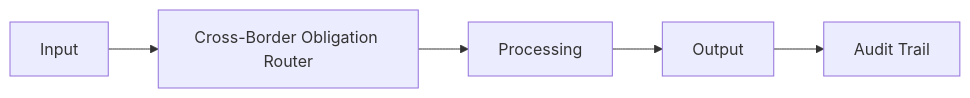
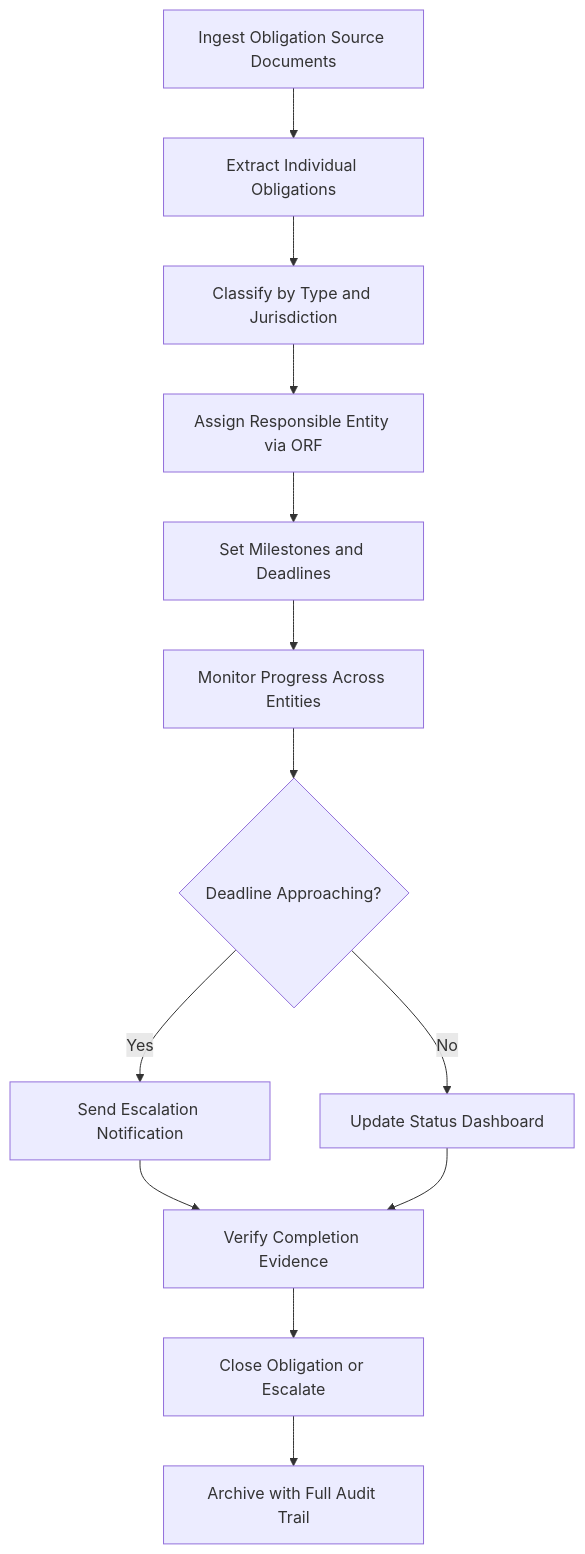
One commit to andrew-leo-2024/marketplace-docs changed the diagram in docs/audiences/04-international-institutions/cross-border-obligation-router.mdx. Above: the diagram before and after it, drawn with Mermaid. The commit also changed other lines of this file and 401 other files, not shown here.

````diff
--- a/docs/audiences/04-international-institutions/cross-border-obligation-router.mdx
+++ b/docs/audiences/04-international-institutions/cross-border-obligation-router.mdx
@@ -29,7 +35,15 @@
 ```mermaid
-graph LR
-    A[Input] --> B[Cross-Border Obligation Router]
-    B --> C[Processing]
-    C --> D[Output]
-    D --> E[Audit Trail]
+graph TD
+    A[Ingest Obligation Source Documents] --> B[Extract Individual Obligations]
+    B --> C[Classify by Type and Jurisdiction]
+    C --> D[Assign Responsible Entity via ORF]
+    D --> E[Set Milestones and Deadlines]
+    E --> F[Monitor Progress Across Entities]
+    F --> G{Deadline Approaching?}
+    G -->|Yes| H[Send Escalation Notification]
+    G -->|No| I[Update Status Dashboard]
+    H --> J[Verify Completion Evidence]
+    I --> J
+    J --> K[Close Obligation or Escalate]
+    K --> L[Archive with Full Audit Trail]
 ```
````
